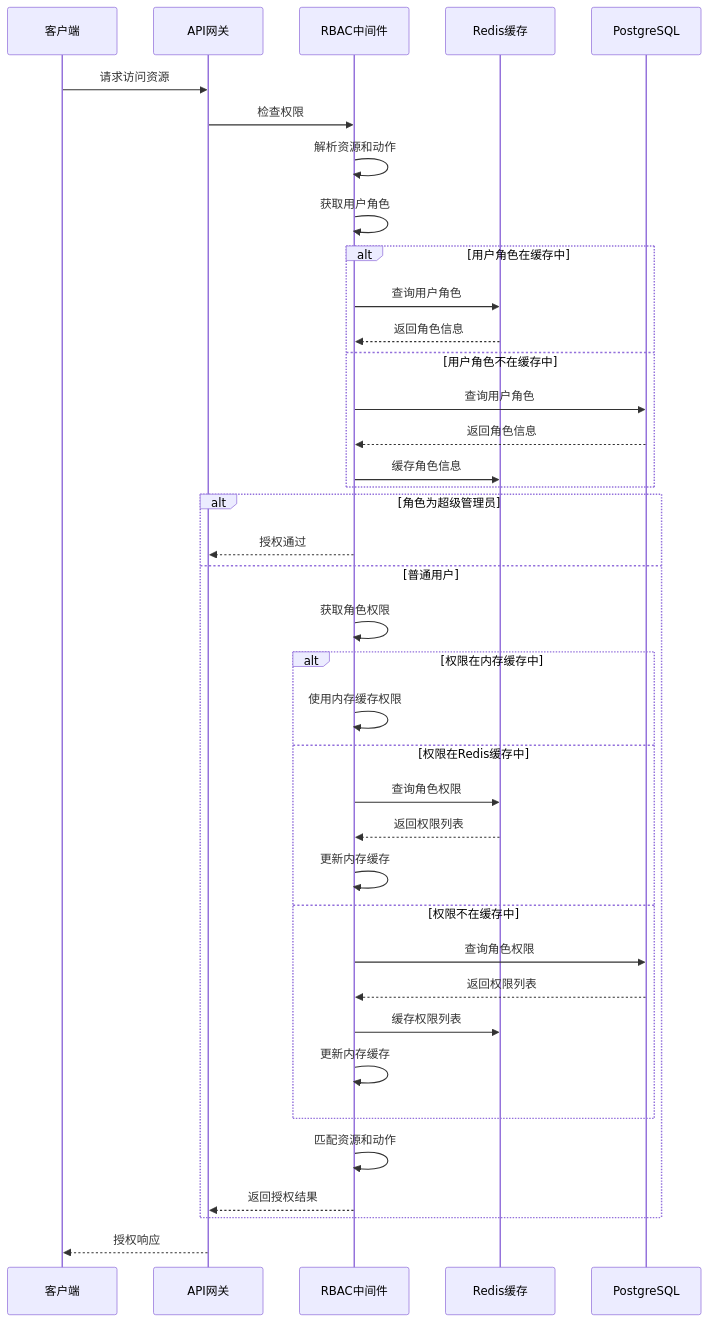
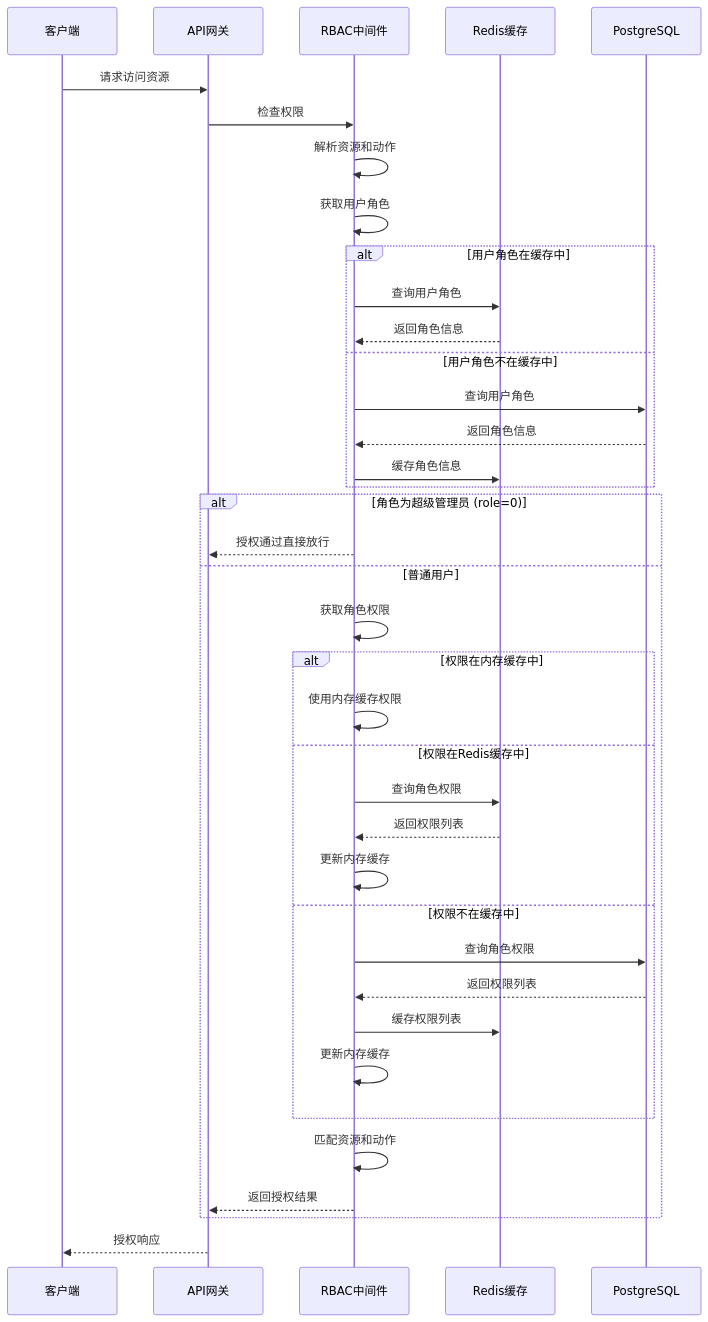
The fourth of 13 diagrams in .qoder/repowiki/zh/content/安全与权限/RBAC权限控制.md (mcmrzy/cs_inv_monitor-develop), drawn with Mermaid before and after one commit. The commit also changed other lines of this file and 88 other files, not shown here.

````diff
--- a/.qoder/repowiki/zh/content/安全与权限/RBAC权限控制.md
+++ b/.qoder/repowiki/zh/content/安全与权限/RBAC权限控制.md
@@ -183,40 +216,40 @@
 ```mermaid
 sequenceDiagram
 participant Client as 客户端
 participant Gateway as API网关
 participant RBAC as RBAC中间件
 participant Redis as Redis缓存
 participant DB as PostgreSQL
 Client->>Gateway : 请求访问资源
 Gateway->>RBAC : 检查权限
 RBAC->>RBAC : 解析资源和动作
 RBAC->>RBAC : 获取用户角色
 alt 用户角色在缓存中
 RBAC->>Redis : 查询用户角色
 Redis-->>RBAC : 返回角色信息
 else 用户角色不在缓存中
 RBAC->>DB : 查询用户角色
 DB-->>RBAC : 返回角色信息
 RBAC->>Redis : 缓存角色信息
 end
-alt 角色为超级管理员
-RBAC-->>Gateway : 授权通过
+alt 角色为超级管理员 (role=0)
+RBAC-->>Gateway : 授权通过直接放行
 else 普通用户
 RBAC->>RBAC : 获取角色权限
 alt 权限在内存缓存中
 RBAC->>RBAC : 使用内存缓存权限
 else 权限在Redis缓存中
 RBAC->>Redis : 查询角色权限
 Redis-->>RBAC : 返回权限列表
 RBAC->>RBAC : 更新内存缓存
 else 权限不在缓存中
 RBAC->>DB : 查询角色权限
 DB-->>RBAC : 返回权限列表
 RBAC->>Redis : 缓存权限列表
 RBAC->>RBAC : 更新内存缓存
 end
 RBAC->>RBAC : 匹配资源和动作
 RBAC-->>Gateway : 返回授权结果
 end
 Gateway-->>Client : 授权响应
 ```
````
